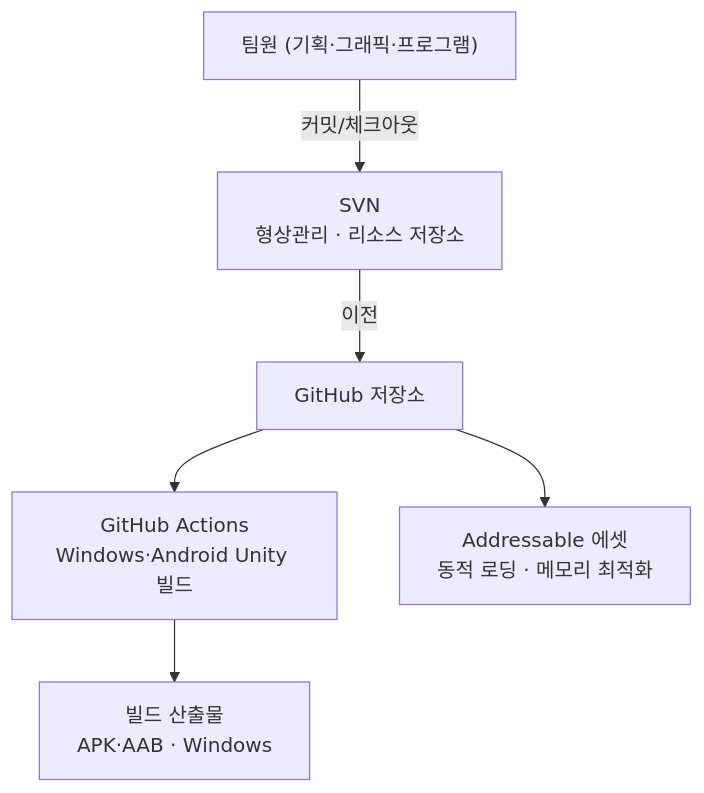
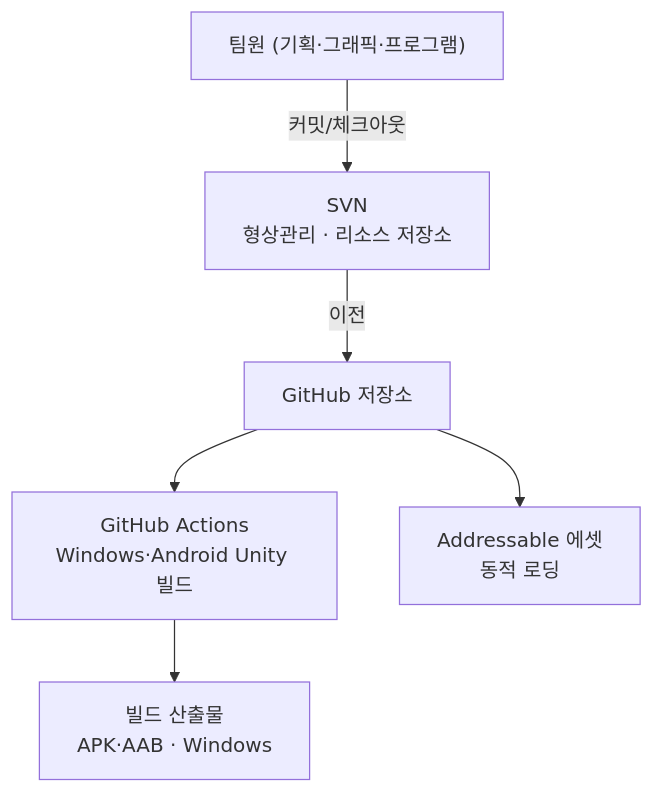
One commit to JJH0204/JJH0204 changed the diagram in docs/svc-03-cloud-pipeline.md. Above: the diagram before and after it, drawn with Mermaid. The commit also changed other lines of this file and 6 other files, not shown here.

````diff
--- a/docs/svc-03-cloud-pipeline.md
+++ b/docs/svc-03-cloud-pipeline.md
@@ -21,8 +23,8 @@
 ```mermaid
 flowchart TB
     TM["팀원 (기획·그래픽·프로그램)"] -->|커밋/체크아웃| SVN
     SVN["SVN<br/>형상관리 · 리소스 저장소"] -->|이전| GH
     GH["GitHub 저장소"] --> CI["GitHub Actions<br/>Windows·Android Unity 빌드"]
-    GH --> ADDR["Addressable 에셋<br/>동적 로딩 · 메모리 최적화"]
+    GH --> ADDR["Addressable 에셋<br/>동적 로딩"]
     CI --> OUT["빌드 산출물<br/>APK·AAB · Windows"]
 ```
````
